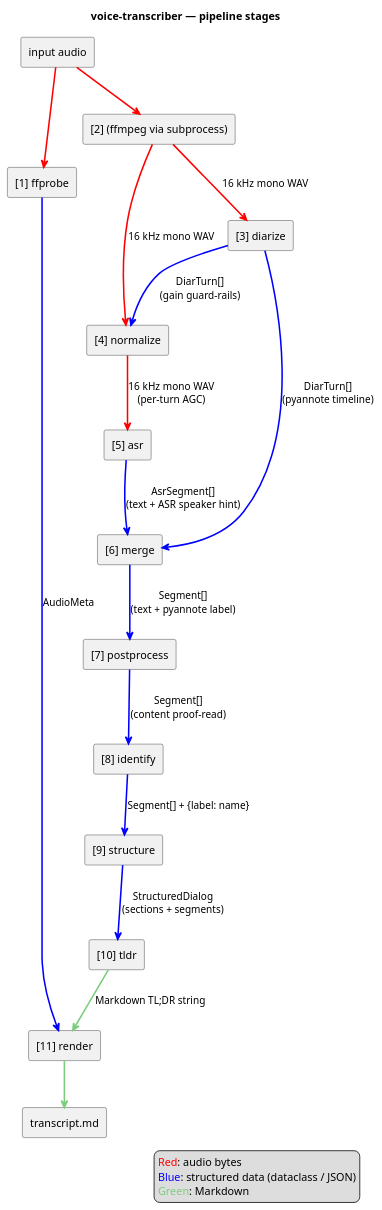
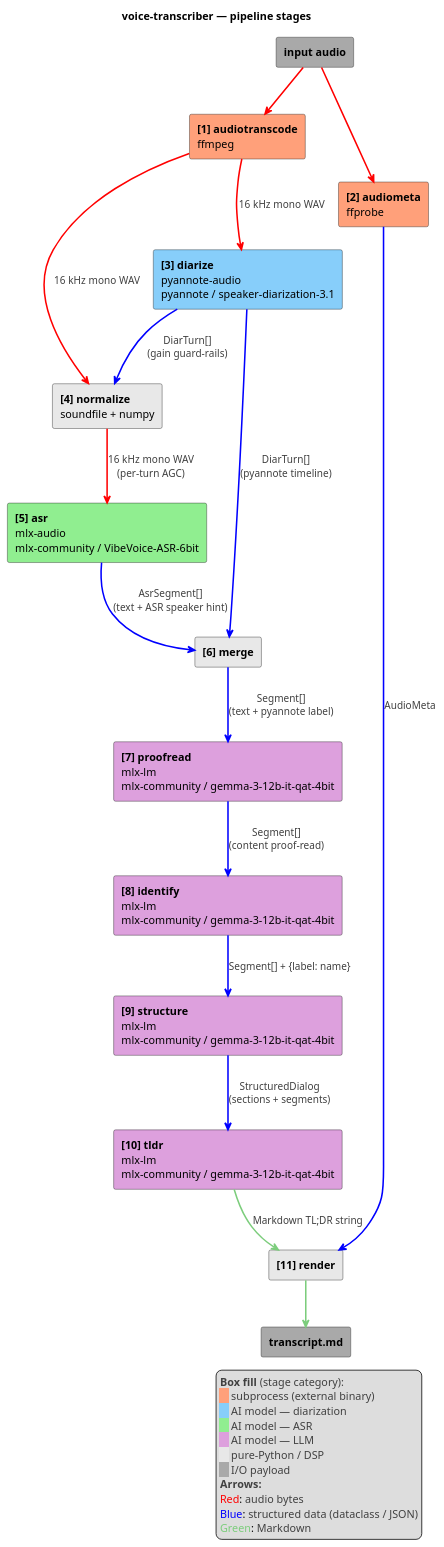
One commit to artem-from-ua/voice-transcriber changed the second of 2 diagrams in docs/architecture.md. Above: the diagram before and after it, drawn with PlantUML. The commit also changed other lines of this file and 24 other files, not shown here.

First line of the commit message:
Rename postprocess → proofread; colour-code architecture diagram by stage type (#61)

````diff
--- a/docs/architecture.md
+++ b/docs/architecture.md
@@ -63,48 +63,56 @@
 ```plantuml
 @startuml
 title voice-transcriber — pipeline stages
 skinparam componentStyle rectangle
 skinparam ArrowThickness 2
 
-[input audio] as Input
-[transcript.md] as Output
+[<b>input audio</b>] as Input #A9A9A9
+[<b>transcript.md</b>] as Output #A9A9A9
 
-component "[1] ffprobe" as FF
-component "[2] (ffmpeg via subprocess)" as WAV
-component "[3] diarize" as Diar
-component "[4] normalize" as Norm
-component "[5] asr" as ASR
-component "[6] merge" as Merge
-component "[7] postprocess" as Post
-component "[8] identify" as Ident
-component "[9] structure" as Struct
-component "[10] tldr" as TLDR
-component "[11] render" as Render
+component "<b>[1] audiotranscode</b>\nffmpeg" as WAV #FFA07A
+component "<b>[2] audiometa</b>\nffprobe" as FF #FFA07A
+component "<b>[3] diarize</b>\npyannote-audio\npyannote / speaker-diarization-3.1" as Diar #87CEFA
+component "<b>[4] normalize</b>\nsoundfile + numpy" as Norm #E8E8E8
+component "<b>[5] asr</b>\nmlx-audio\nmlx-community / VibeVoice-ASR-6bit" as ASR #90EE90
+component "<b>[6] merge</b>" as Merge #E8E8E8
+component "<b>[7] proofread</b>\nmlx-lm\nmlx-community / gemma-3-12b-it-qat-4bit" as Post #DDA0DD
+component "<b>[8] identify</b>\nmlx-lm\nmlx-community / gemma-3-12b-it-qat-4bit" as Ident #DDA0DD
+component "<b>[9] structure</b>\nmlx-lm\nmlx-community / gemma-3-12b-it-qat-4bit" as Struct #DDA0DD
+component "<b>[10] tldr</b>\nmlx-lm\nmlx-community / gemma-3-12b-it-qat-4bit" as TLDR #DDA0DD
+component "<b>[11] render</b>" as Render #E8E8E8
 
 Input -[#red]-> FF
 Input -[#red]-> WAV
 
-WAV -[#red]-> Diar : 16 kHz mono WAV
-WAV -[#red]-> Norm : 16 kHz mono WAV
-Diar -[#blue]-> Norm : DiarTurn[]\n(gain guard-rails)
-Norm -[#red]-> ASR : 16 kHz mono WAV\n(per-turn AGC)
+WAV -[#red]-> Diar : <color:#404040>16 kHz mono WAV</color>
+WAV -[#red]-> Norm : <color:#404040>16 kHz mono WAV</color>
+Diar -[#blue]-> Norm : <color:#404040>DiarTurn[]</color>\n<color:#404040>(gain guard-rails)</color>
+Norm -[#red]-> ASR : <color:#404040>16 kHz mono WAV</color>\n<color:#404040>(per-turn AGC)</color>
 
-ASR -[#blue]-> Merge : AsrSegment[]\n(text + ASR speaker hint)
-Diar -[#blue]-> Merge : DiarTurn[]\n(pyannote timeline)
+ASR -[#blue]-> Merge : <color:#404040>AsrSegment[]</color>\n<color:#404040>(text + ASR speaker hint)</color>
+Diar -[#blue]-> Merge : <color:#404040>DiarTurn[]</color>\n<color:#404040>(pyannote timeline)</color>
 
-Merge -[#blue]-> Post : Segment[]\n(text + pyannote label)
-Post -[#blue]-> Ident : Segment[]\n(content proof-read)
-Ident -[#blue]-> Struct : Segment[] + {label: name}
-Struct -[#blue]-> TLDR : StructuredDialog\n(sections + segments)
+Merge -[#blue]-> Post : <color:#404040>Segment[]</color>\n<color:#404040>(text + pyannote label)</color>
+Post -[#blue]-> Ident : <color:#404040>Segment[]</color>\n<color:#404040>(content proof-read)</color>
+Ident -[#blue]-> Struct : <color:#404040>Segment[] + {label: name}</color>
+Struct -[#blue]-> TLDR : <color:#404040>StructuredDialog</color>\n<color:#404040>(sections + segments)</color>
 
-FF -[#blue]-> Render : AudioMeta
-TLDR -[#7CCD7C]-> Render : Markdown TL;DR string
+FF -[#blue]-> Render : <color:#404040>AudioMeta</color>
+TLDR -[#7CCD7C]-> Render : <color:#404040>Markdown TL;DR string</color>
 Render -[#7CCD7C]-> Output
 
 legend right
-  <color:red>Red</color>: audio bytes
-  <color:blue>Blue</color>: structured data (dataclass / JSON)
-  <color:#7CCD7C>Green</color>: Markdown
+  <color:#404040>**Box fill** (stage category):</color>
+  <back:#FFA07A>   </back> <color:#404040>subprocess (external binary)</color>
+  <back:#87CEFA>   </back> <color:#404040>AI model — diarization</color>
+  <back:#90EE90>   </back> <color:#404040>AI model — ASR</color>
+  <back:#DDA0DD>   </back> <color:#404040>AI model — LLM</color>
+  <back:#E8E8E8>   </back> <color:#404040>pure-Python / DSP</color>
+  <back:#A9A9A9>   </back> <color:#404040>I/O payload</color>
+  <color:#404040>**Arrows:**</color>
+  <color:red>Red</color>: <color:#404040>audio bytes</color>
+  <color:blue>Blue</color>: <color:#404040>structured data (dataclass / JSON)</color>
+  <color:#7CCD7C>Green</color>: <color:#404040>Markdown</color>
 end legend
 @enduml
 ```
````
